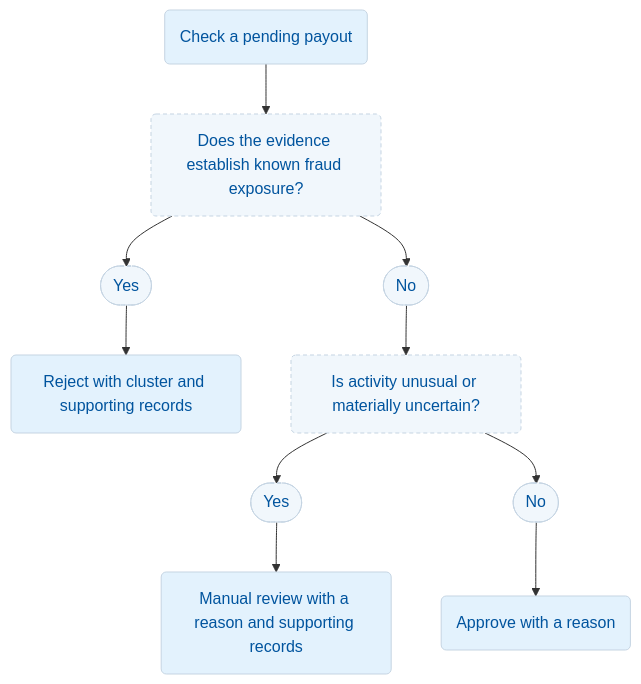
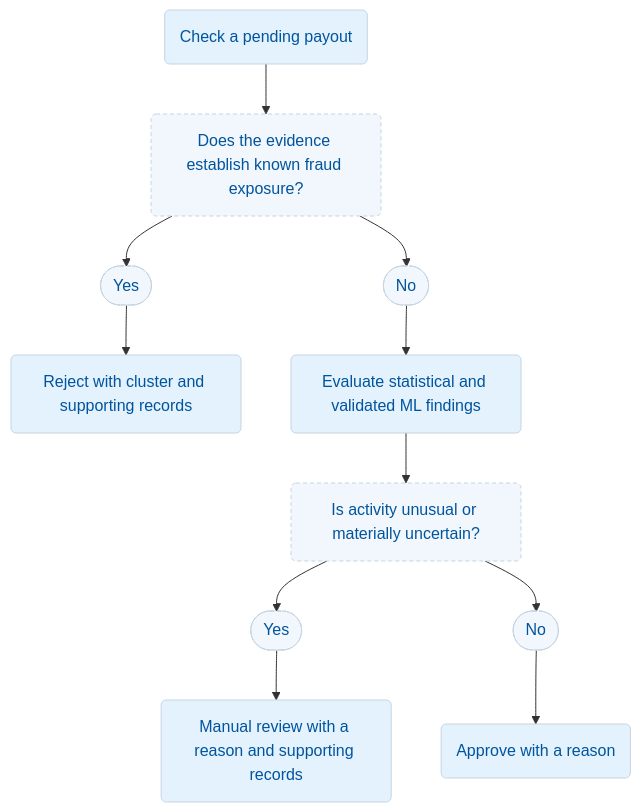
Before and after one commit to KasaniDheerajVenu/scanpay-payout-risk-desk: the third of 3 diagrams in docs/system-design.md, drawn with Mermaid. The commit also changed other lines of this file and 6 other files, not shown here.

````diff
--- a/docs/system-design.md
+++ b/docs/system-design.md
@@ -74,16 +122,17 @@
-~~~mermaid
+```mermaid
 flowchart TD
     Start("Check a pending payout") --> Known("Does the evidence establish known fraud exposure?")
     Known --> KYes([Yes])
     KYes --> Reject("Reject with cluster and supporting records")
     Known --> KNo([No])
-    KNo --> Unusual("Is activity unusual or materially uncertain?")
+    KNo --> Signals("Evaluate statistical and validated ML findings")
+    Signals --> Unusual("Is activity unusual or materially uncertain?")
     Unusual --> UYes([Yes])
     UYes --> Review("Manual review with a reason and supporting records")
     Unusual --> UNo([No])
     UNo --> Approve("Approve with a reason")
     classDef step fill:#e3f2fd,stroke:#c5d4e2,color:#00549e
     classDef check fill:#f1f7fc,stroke:#c5d4e2,stroke-dasharray:4 3,color:#00549e
-    class Start,Reject,Review,Approve step
+    class Start,Reject,Signals,Review,Approve step
     class Known,KYes,KNo,Unusual,UYes,UNo check
-~~~
+```
````
